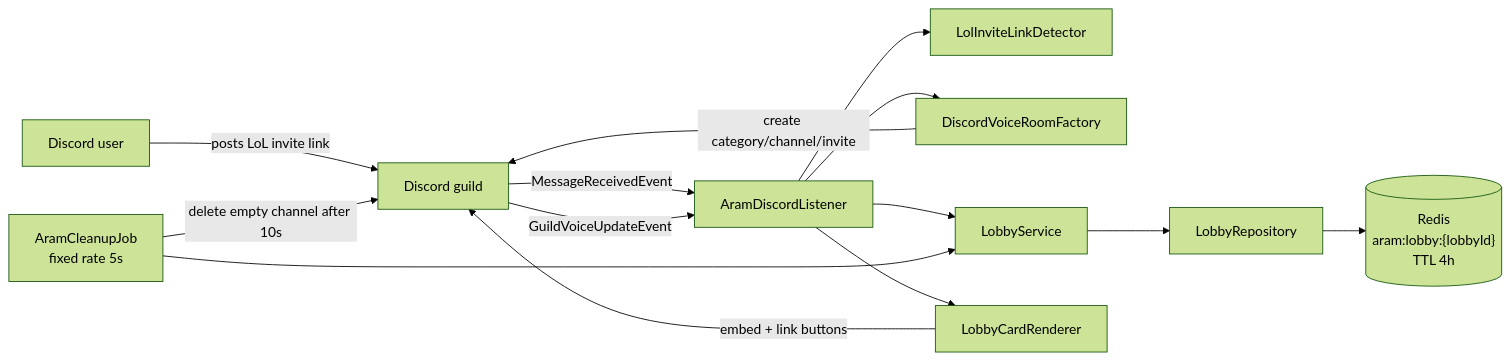
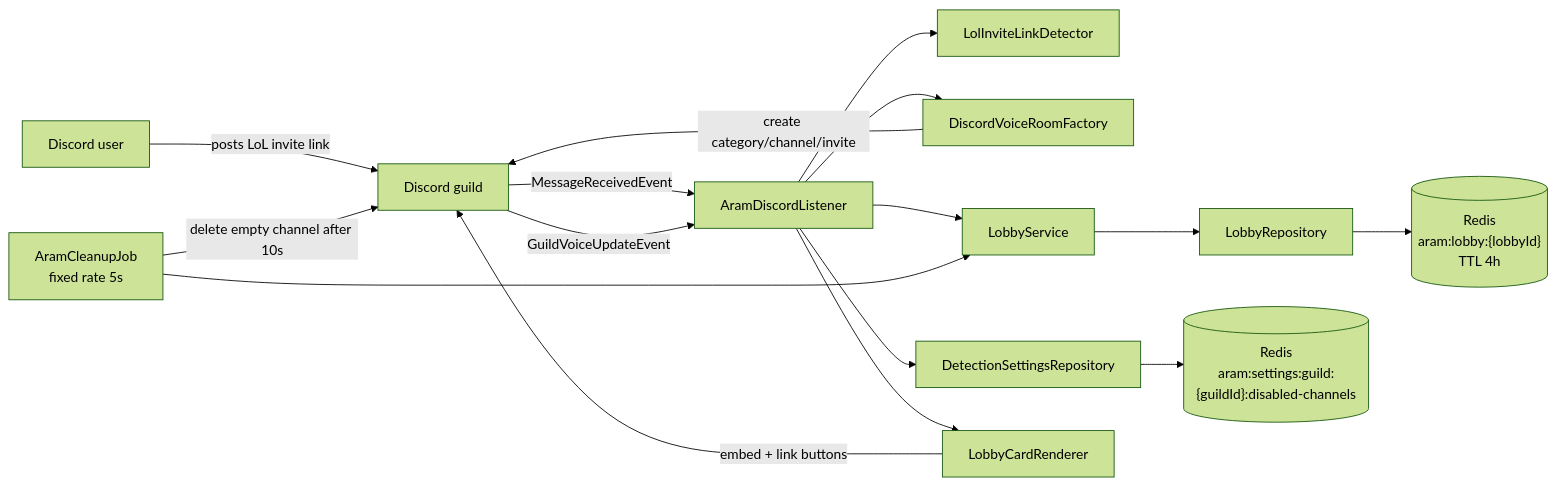
Before and after one commit to Eddie425/aram-lobby-bot: the first of 2 diagrams in docs/technical-design.md, drawn with Mermaid (forest theme). The commit also changed other lines of this file and 7 other files, not shown here.

````diff
--- a/docs/technical-design.md
+++ b/docs/technical-design.md
@@ -11,17 +11,19 @@
 ```mermaid
 flowchart LR
     user["Discord user"] -->|posts LoL invite link| discord["Discord guild"]
     discord -->|MessageReceivedEvent| listener["AramDiscordListener"]
     listener --> detector["LolInviteLinkDetector"]
     listener --> voiceFactory["DiscordVoiceRoomFactory"]
     voiceFactory -->|create category/channel/invite| discord
     listener --> service["LobbyService"]
+    listener --> settings["DetectionSettingsRepository"]
     service --> repo["LobbyRepository"]
     repo --> redis[("Redis\naram:lobby:{lobbyId}\nTTL 4h")]
+    settings --> redisSettings[("Redis\naram:settings:guild:{guildId}:disabled-channels")]
     listener --> renderer["LobbyCardRenderer"]
     renderer -->|embed + link buttons| discord
 
     discord -->|GuildVoiceUpdateEvent| listener
     cleanup["AramCleanupJob\nfixed rate 5s"] --> service
     cleanup -->|delete empty channel after 10s| discord
 ```
````
